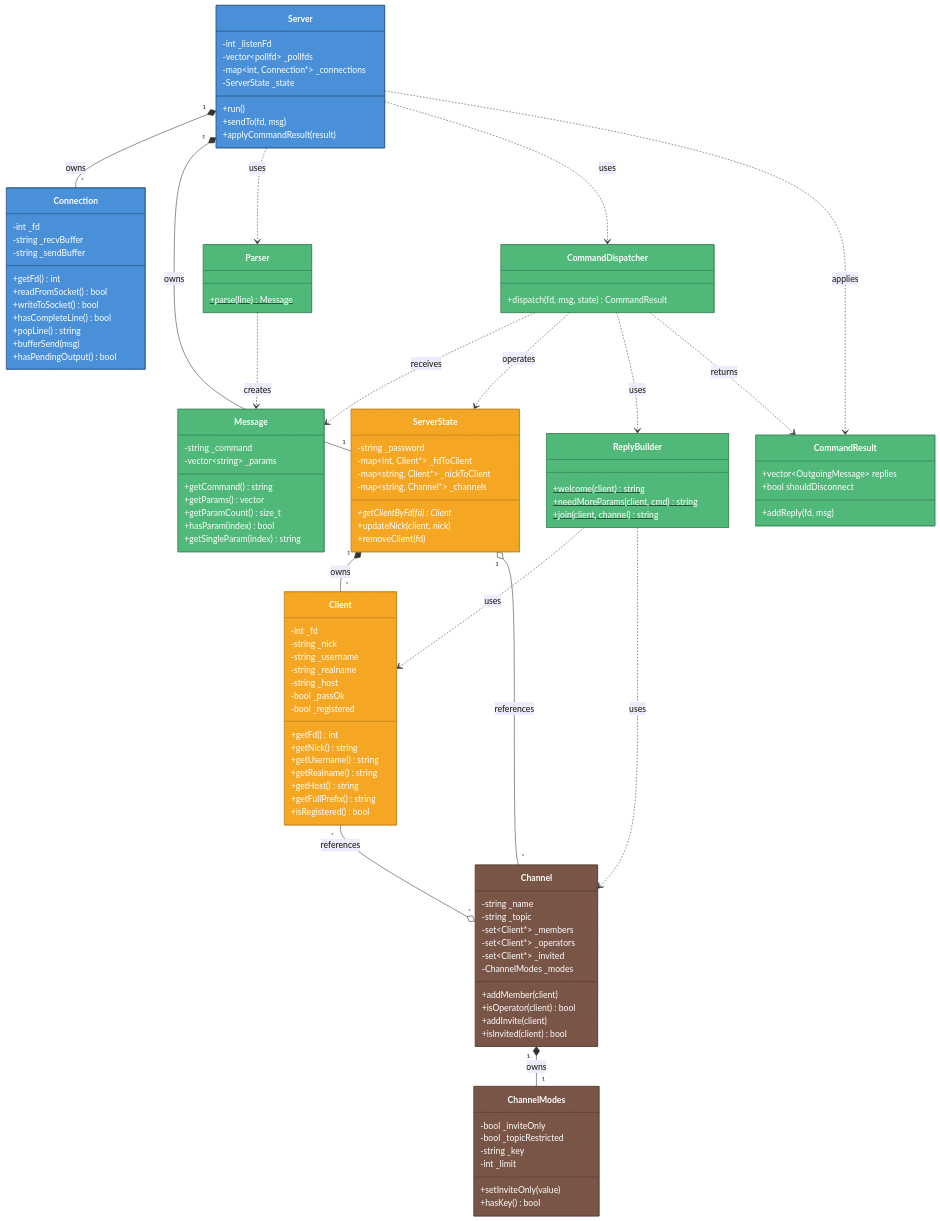
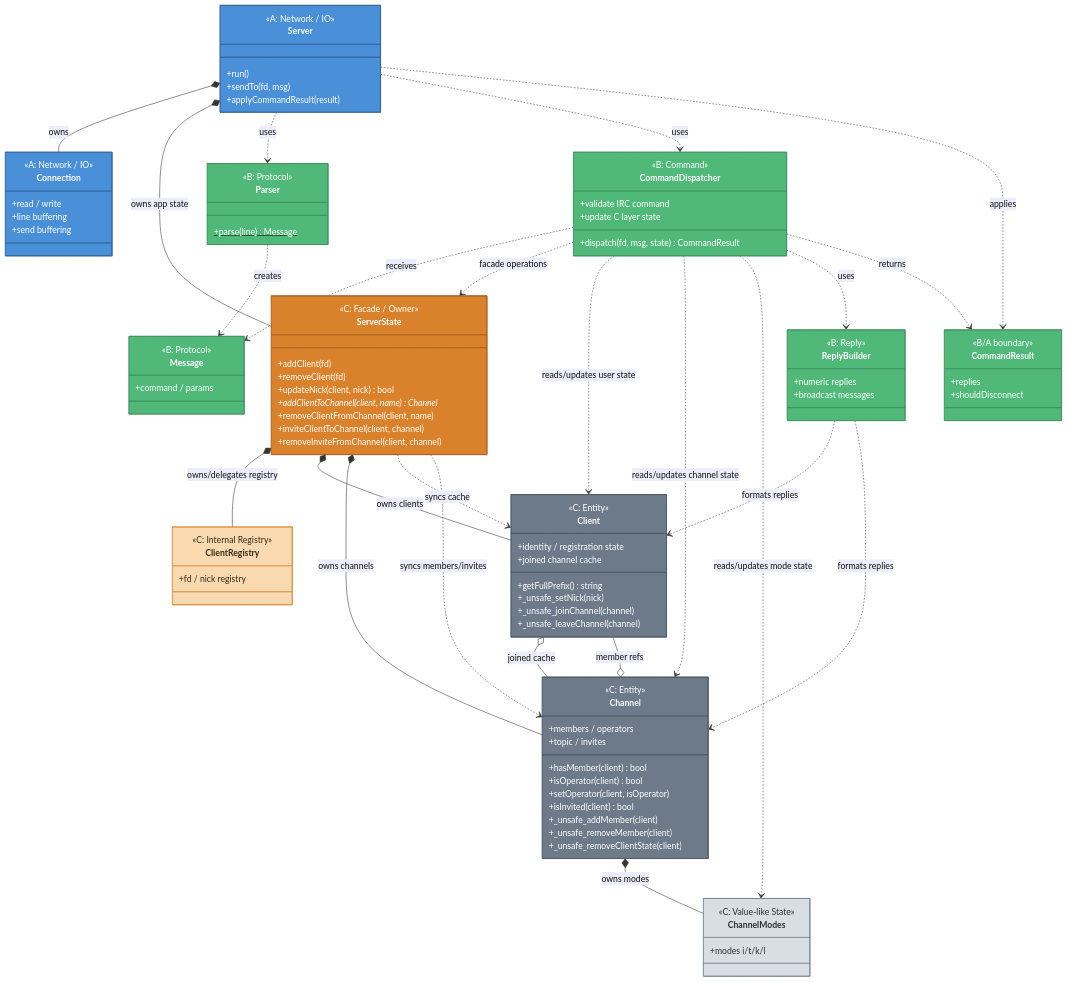
Before and after one commit to tototec1234/IRC: the diagram in dev_docs/diagrams/class_overview_diagram.md, drawn with Mermaid. The commit also changed other lines of this file and 3 other files, not shown here.

Commit message:
クラス図とinterfaceを更新し、今回のワークフローと今後の方針についてまとめた

````diff
--- a/dev_docs/diagrams/class_overview_diagram.md
+++ b/dev_docs/diagrams/class_overview_diagram.md
@@ -57,135 +57,125 @@
 ```mermaid
-
 classDiagram
     direction TB
 
-   
-    %% === 最上段: Connection, Server, Parser, CommandDispatcher ===
+    %% === A layer: Network / IO ===
     class Connection {
-        -int _fd
-        -string _recvBuffer
-        -string _sendBuffer
-        +getFd() int
-        +readFromSocket() bool
-        +writeToSocket() bool
-        +hasCompleteLine() bool
-        +popLine() string
-        +bufferSend(msg)
-        +hasPendingOutput() bool
+        <<A: Network / IO>>
+        +read / write
+        +line buffering
+        +send buffering
     }
-    
+
     class Server {
-        -int _listenFd
-        -vector~pollfd~ _pollfds
-        -map~int, Connection*~ _connections
-        -ServerState _state
+        <<A: Network / IO>>
         +run()
         +sendTo(fd, msg)
         +applyCommandResult(result)
     }
-    
+
+    %% === B layer: Protocol / Command ===
     class Parser {
+        <<B: Protocol>>
         +parse(line) Message$
     }
-    
+
+    class Message {
+        <<B: Protocol>>
+        +command / params
+    }
+
     class CommandDispatcher {
+        <<B: Command>>
         +dispatch(fd, msg, state) CommandResult
+        +validate IRC command
+        +update C layer state
     }
-    
-    %% === 中段: Message, ServerState, ReplyBuilder, CommandResult ===
-    class Message {
-        -string _command
-        -vector~string~ _params
-        +getCommand() string
-        +getParams() vector
-        +getParamCount() size_t
-        +hasParam(index) bool
-        +getSingleParam(index) string
+
+    class ReplyBuilder {
+        <<B: Reply>>
+        +numeric replies
+        +broadcast messages
     }
-    
+
+    class CommandResult {
+        <<B/A boundary>>
+        +replies
+        +shouldDisconnect
+    }
+
+    %% === C layer: facade / registry / entities ===
     class ServerState {
-        -string _password
-        -map~int, Client*~ _fdToClient
-        -map~string, Client*~ _nickToClient
-        -map~string, Channel*~ _channels
-        +getClientByFd(fd) Client*
-        +updateNick(client, nick)
+        <<C: Facade / Owner>>
+        +addClient(fd)
         +removeClient(fd)
+        +updateNick(client, nick) bool
+        +addClientToChannel(client, name) Channel*
+        +removeClientFromChannel(client, name)
+        +inviteClientToChannel(client, channel)
+        +removeInviteFromChannel(client, channel)
     }
-    
-    class ReplyBuilder {
-        +welcome(client) string$
-        +needMoreParams(client, cmd) string$
-        +join(client, channel) string$
+
+    class ClientRegistry {
+        <<C: Internal Registry>>
+        +fd / nick registry
     }
-    
-    class CommandResult {
-        +vector~OutgoingMessage~ replies
-        +bool shouldDisconnect
-        +addReply(fd, msg)
+
+    class Client {
+        <<C: Entity>>
+        +identity / registration state
+        +joined channel cache
+        +getFullPrefix() string
+        +_unsafe_setNick(nick)
+        +_unsafe_joinChannel(channel)
+        +_unsafe_leaveChannel(channel)
     }
-    
-    %% === 下段: Client, Channel, ChannelModes ===
-    class Client {
-        -int _fd
-        -string _nick
-        -string _username
-        -string _realname
-        -string _host
-        -bool _passOk
-        -bool _registered
-        +getFd() int
-        +getNick() string
-        +getUsername() string
-        +getRealname() string
-        +getHost() string
-        +getFullPrefix() string
-        +isRegistered() bool
+
+    class Channel {
+        <<C: Entity>>
+        +members / operators
+        +topic / invites
+        +hasMember(client) bool
+        +isOperator(client) bool
+        +setOperator(client, isOperator)
+        +isInvited(client) bool
+        +_unsafe_addMember(client)
+        +_unsafe_removeMember(client)
+        +_unsafe_removeClientState(client)
     }
-    
-    class Channel {
-        -string _name
-        -string _topic
-        -set~Client*~ _members
-        -set~Client*~ _operators
-        -set~Client*~ _invited
-        -ChannelModes _modes
-        +addMember(client)
-        +isOperator(client) bool
-        +addInvite(client)
-        +isInvited(client) bool
-    }
-    
+
     class ChannelModes {
-        -bool _inviteOnly
-        -bool _topicRestricted
-        -string _key
-        -int _limit
-        +setInviteOnly(value)
-        +hasKey() bool
+        <<C: Value-like State>>
+        +modes i/t/k/l
     }
 
     %% === 関係線 ===
-    Server "1" *-- "*" Connection : owns
-    Server "1" *-- "1" ServerState : owns
+    Server *-- Connection : owns
+    Server *-- ServerState : owns app state
     Server ..> Parser : uses
     Server ..> CommandDispatcher : uses
     Server ..> CommandResult : applies
-    
+
     Parser ..> Message : creates
     CommandDispatcher ..> Message : receives
-    CommandDispatcher ..> ServerState : operates
+    CommandDispatcher ..> ServerState : facade operations
+    CommandDispatcher ..> Client : reads/updates user state
+    CommandDispatcher ..> Channel : reads/updates channel state
+    CommandDispatcher ..> ChannelModes : reads/updates mode state
     CommandDispatcher ..> ReplyBuilder : uses
     CommandDispatcher ..> CommandResult : returns
-    
-    ReplyBuilder ..> Client : uses
-    ReplyBuilder ..> Channel : uses
-    
-    ServerState "1" *-- "*" Client : owns
-    ServerState "1" o-- "*" Channel : references
-    
-    Channel "1" *-- "1" ChannelModes : owns
-    Client "*" --o "*" Channel : references
+
+    ReplyBuilder ..> Client : formats replies
+    ReplyBuilder ..> Channel : formats replies
+
+    ServerState *-- ClientRegistry : owns/delegates registry
+    ServerState *-- Client : owns clients
+    ServerState *-- Channel : owns channels
+    ServerState ..> Client : syncs cache
+    ServerState ..> Channel : syncs members/invites
+
+    Client o-- Channel : joined cache
+    Channel o-- Client : member refs
+    Channel *-- ChannelModes : owns modes
 
     style Server fill:#4A90D9,stroke:#2E5A8B,color:#fff
     style Connection fill:#4A90D9,stroke:#2E5A8B,color:#fff
@@ -194,8 +184,9 @@
     style CommandDispatcher fill:#50B878,stroke:#3A8A5A,color:#fff
     style ReplyBuilder fill:#50B878,stroke:#3A8A5A,color:#fff
     style CommandResult fill:#50B878,stroke:#3A8A5A,color:#fff
-    style Client fill:#F5A623,stroke:#C4841C,color:#fff
-    style ServerState fill:#F5A623,stroke:#C4841C,color:#fff
-    style Channel fill:#795548,stroke:#5D4037,color:#fff
-    style ChannelModes fill:#795548,stroke:#5D4037,color:#fff
+    style ServerState fill:#D9822B,stroke:#9A5A1E,color:#fff
+    style ClientRegistry fill:#F8D9B0,stroke:#D9822B,color:#3A2A18
+    style Client fill:#6C7A89,stroke:#45515C,color:#fff
+    style Channel fill:#6C7A89,stroke:#45515C,color:#fff
+    style ChannelModes fill:#D8DEE4,stroke:#6C7A89,color:#263238
 ```
````
